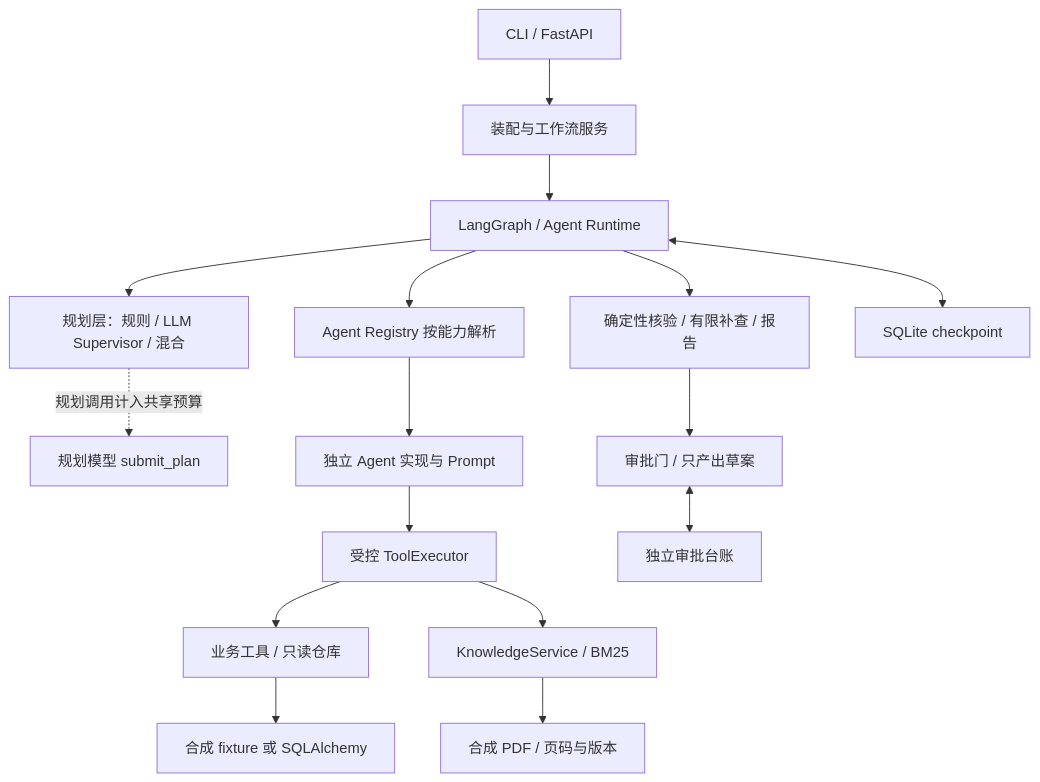
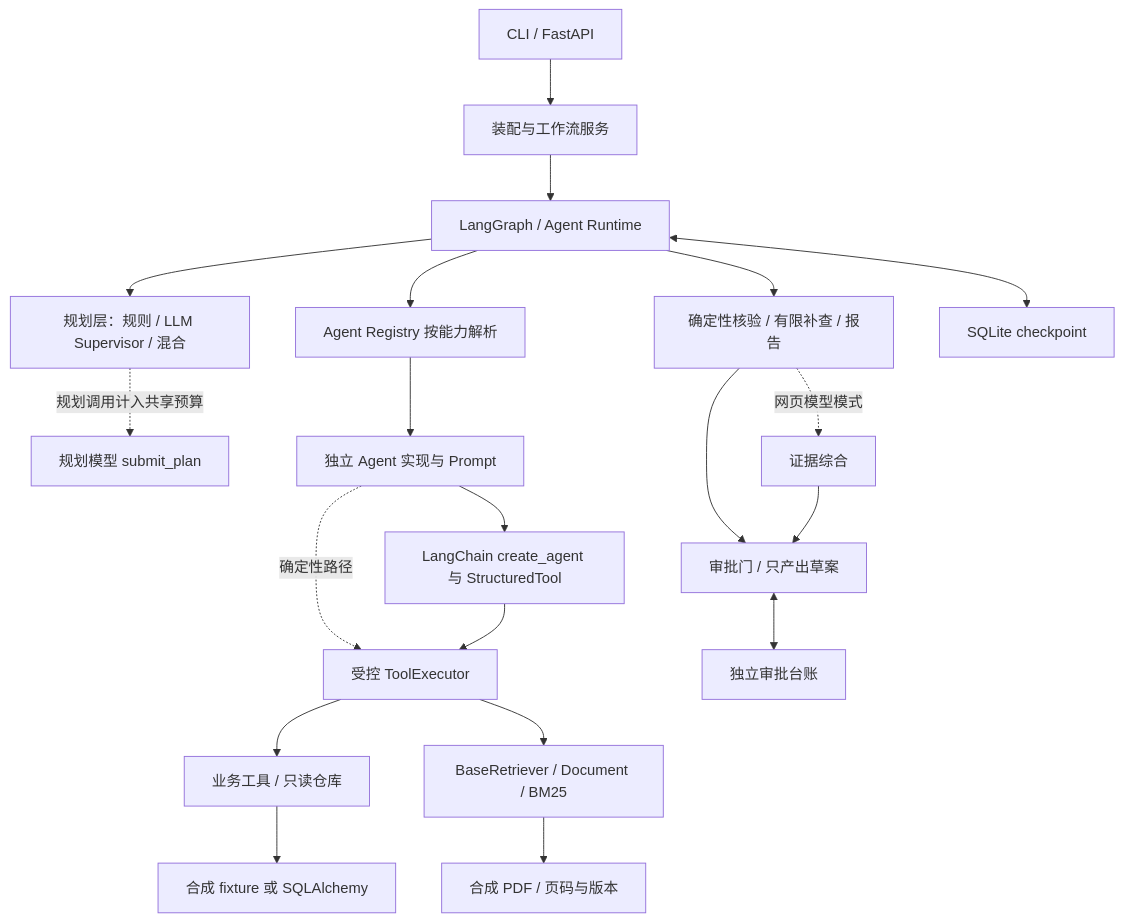
Before and after one commit to minatolog/commercial-property-multi-agent: the diagram in docs/architecture/system_design.md, drawn with Mermaid. The commit also changed other lines of this file and 45 other files, not shown here.

````diff
--- a/docs/architecture/system_design.md
+++ b/docs/architecture/system_design.md
@@ -11,18 +11,22 @@
 ```mermaid
 flowchart TD
     U[CLI / FastAPI] --> O[装配与工作流服务]
     O --> G[LangGraph / Agent Runtime]
     G --> P[规划层：规则 / LLM Supervisor / 混合]
     P -.规划调用计入共享预算.-> M[规划模型 submit_plan]
     G --> R[Agent Registry 按能力解析]
     R --> A[独立 Agent 实现与 Prompt]
-    A --> E[受控 ToolExecutor]
+    A --> LC[LangChain create_agent 与 StructuredTool]
+    A -.确定性路径.-> E[受控 ToolExecutor]
+    LC --> E
     E --> D[业务工具 / 只读仓库]
-    E --> K[KnowledgeService / BM25]
+    E --> K[BaseRetriever / Document / BM25]
     D --> F[合成 fixture 或 SQLAlchemy]
     K --> PDF[合成 PDF / 页码与版本]
     G --> V[确定性核验 / 有限补查 / 报告]
     V --> H[审批门 / 只产出草案]
+    V -.网页模型模式.-> S[证据综合]
+    S --> H
     G <--> CP[SQLite checkpoint]
     H <--> AL[独立审批台账]
 ```
````
